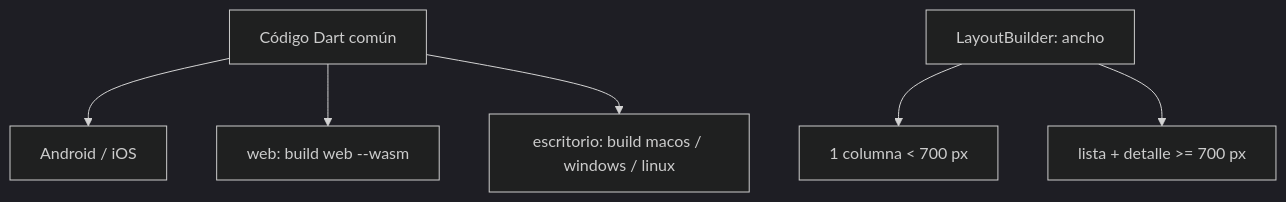
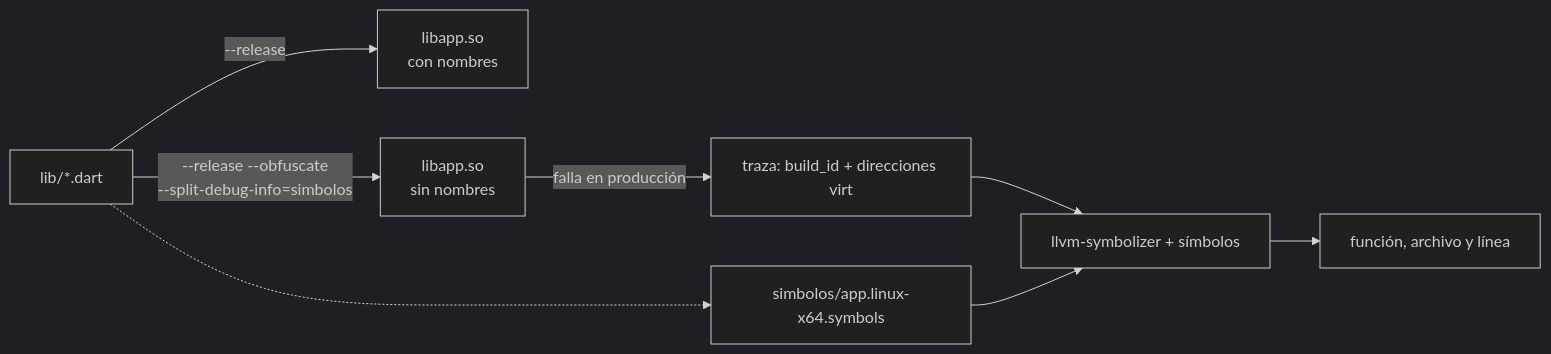
Before and after one commit to NICORUIZ93/The_Imperial_Book: the first of 4 diagrams in web/public/content/flutter/modulo-11.md, drawn with Mermaid (dark theme). The commit also changed other lines of this file and 6 other files, not shown here.

````diff
--- a/web/public/content/flutter/modulo-11.md
+++ b/web/public/content/flutter/modulo-11.md
@@ -344,8 +272,10 @@
 ```mermaid
-flowchart TB
-    C["Código Dart común"] --> M["Android / iOS"]
-    C --> W["web: build web --wasm"]
-    C --> D["escritorio: build macos / windows / linux"]
-    L["LayoutBuilder: ancho"] --> U1["1 columna < 700 px"]
-    L --> U2["lista + detalle >= 700 px"]
+flowchart LR
+    C["lib/*.dart"] -->|"--release"| R["libapp.so<br/>con nombres"]
+    C -->|"--release --obfuscate<br/>--split-debug-info=simbolos"| O["libapp.so<br/>sin nombres"]
+    C -.-> S["simbolos/app.linux-x64.symbols"]
+    O -->|falla en producción| T["traza: build_id + direcciones virt"]
+    T --> L["llvm-symbolizer + símbolos"]
+    S --> L
+    L --> F["función, archivo y línea"]
 ```
````
